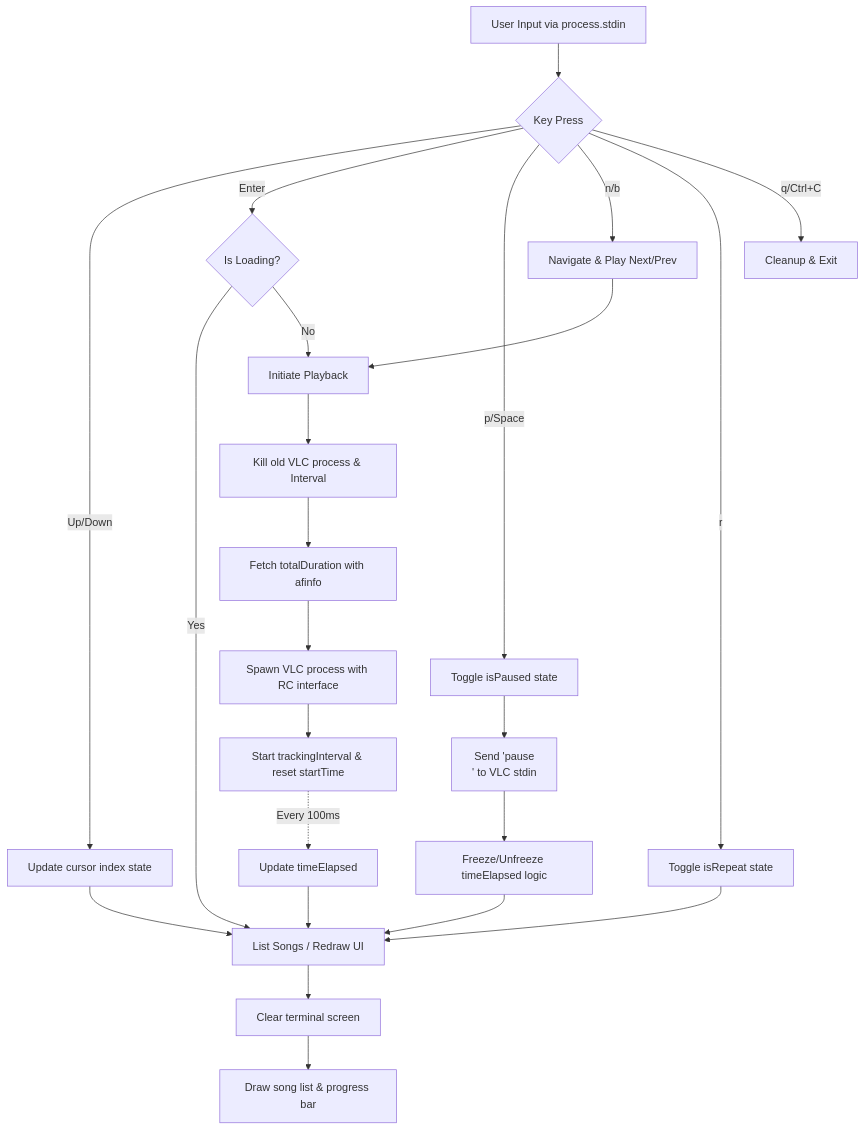
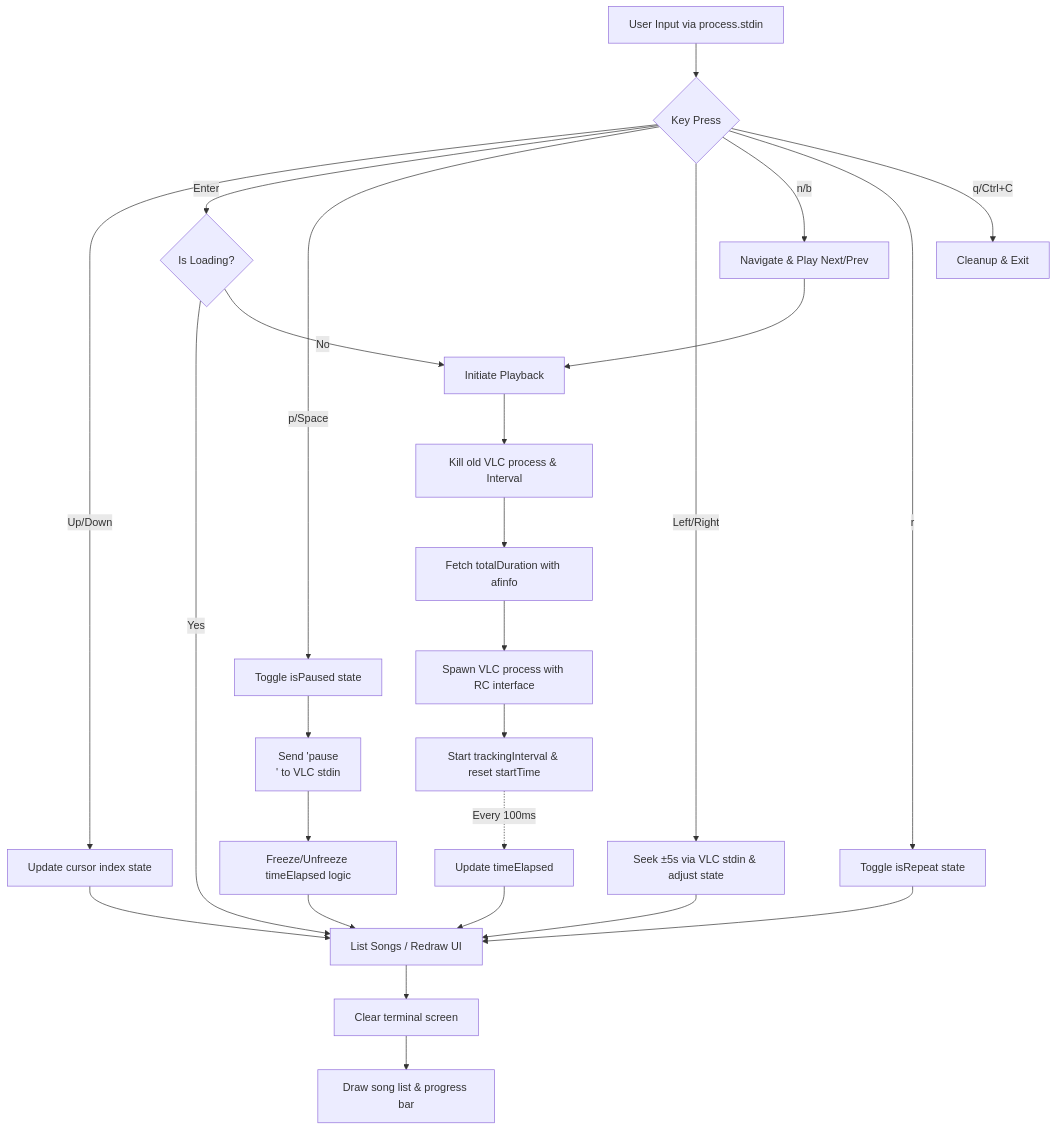
One commit to nipun1803/CLI_Player changed the diagram in AD-5/README.md. Above: the diagram before and after it, drawn with Mermaid. The commit also changed other lines of this file and 1 other file, not shown here.

````diff
--- a/AD-5/README.md
+++ b/AD-5/README.md
@@ -88,32 +90,34 @@
 ```mermaid
 flowchart TD
     A[User Input via process.stdin] --> B{Key Press}
     
     B -->|Up/Down| C[Update cursor index state]
     B -->|Enter| D{Is Loading?}
     D -->|Yes| G
     D -->|No| D2[Initiate Playback]
     B -->|p/Space| E[Toggle isPaused state]
+    B -->|Left/Right| S[Seek ±5s via VLC stdin & adjust state]
     B -->|n/b| NB[Navigate & Play Next/Prev]
     B -->|r| R[Toggle isRepeat state]
     B -->|q/Ctrl+C| F[Cleanup & Exit]
 
     R --> G[List Songs / Redraw UI]
+    S --> G
     NB --> D2
     C --> G
     
     D2 --> H[Kill old VLC process & Interval]
     H --> I[Fetch totalDuration with afinfo]
     I --> J[Spawn VLC process with RC interface]
     J --> K[Start trackingInterval & reset startTime]
     
     E --> L[Send 'pause\n' to VLC stdin]
     L --> M[Freeze/Unfreeze timeElapsed logic]
     M --> G
 
     K -. Every 100ms .-> N[Update timeElapsed]
     N --> G
     
     G --> O[Clear terminal screen]
     O --> P[Draw song list & progress bar]
 ```
````
